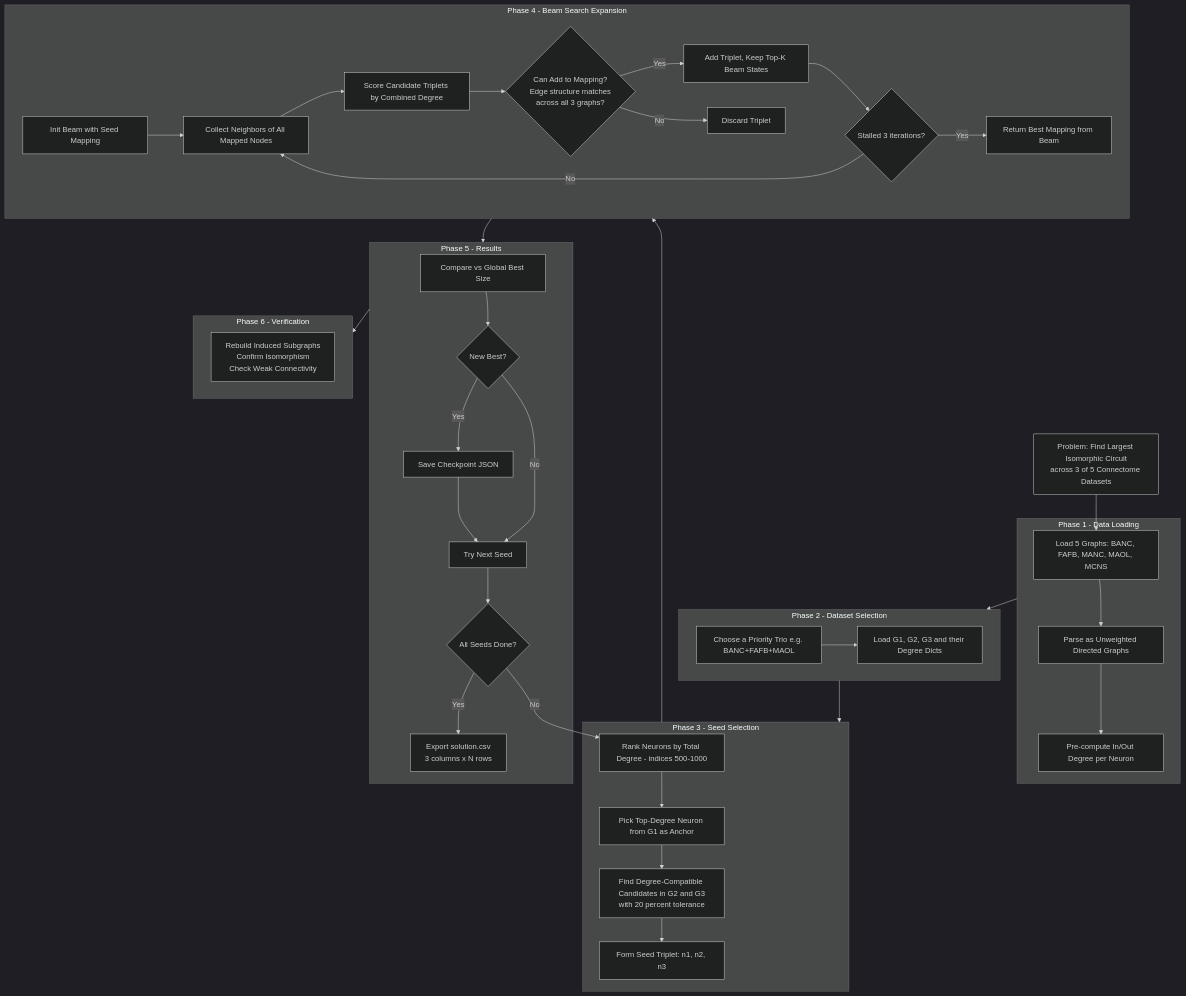
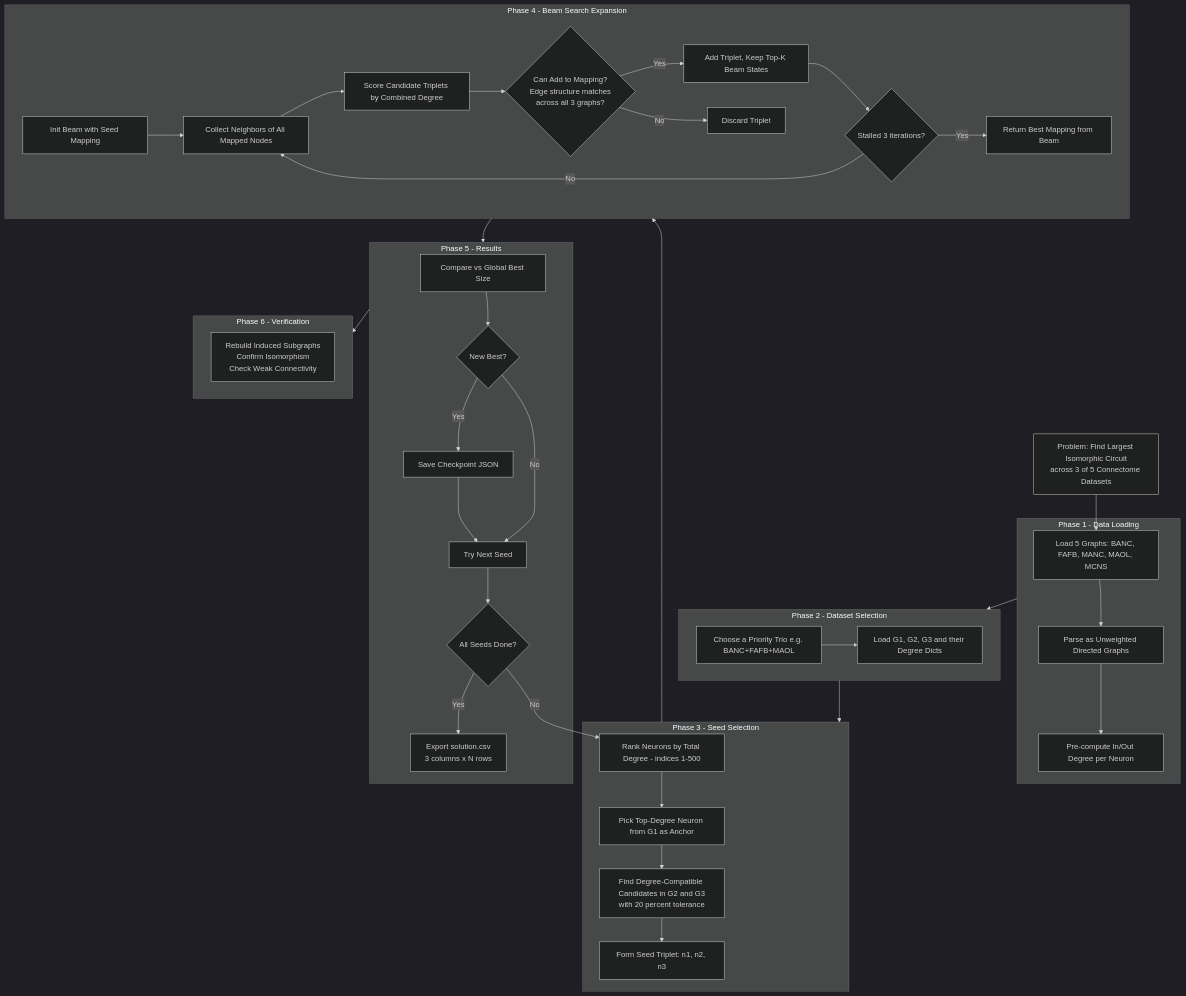
One commit to PiBot314/flywire_max-induced-isomorphic-subgraph changed the third of 5 diagrams in README.md. Above: the diagram before and after it, drawn with Mermaid (dark theme). The commit also changed other lines of this file and 2 other files, not shown here.

````diff
--- a/README.md
+++ b/README.md
@@ -29,55 +65,55 @@
 ```mermaid
 flowchart TD
     A[Problem: Find Largest Isomorphic Circuit\nacross 3 of 5 Connectome Datasets] --> B
 
     subgraph P1[Phase 1 - Data Loading]
         B[Load 5 Graphs: BANC, FAFB, MANC, MAOL, MCNS]
         B --> C[Parse as Unweighted Directed Graphs]
         C --> D[Pre-compute In/Out Degree per Neuron]
     end
 
     subgraph P2[Phase 2 - Dataset Selection]
         E[Choose a Priority Trio e.g. BANC+FAFB+MAOL]
         E --> F[Load G1, G2, G3 and their Degree Dicts]
     end
 
     subgraph P3[Phase 3 - Seed Selection]
-        G[Rank Neurons by Total Degree - indices 500-1000]
+        G[Rank Neurons by Total Degree - indices 1-500]
         G --> H[Pick Top-Degree Neuron from G1 as Anchor]
         H --> I[Find Degree-Compatible Candidates in G2 and G3\nwith 20 percent tolerance]
         I --> J[Form Seed Triplet: n1, n2, n3]
     end
 
     subgraph P4[Phase 4 - Beam Search Expansion]
         K[Init Beam with Seed Mapping]
         K --> L[Collect Neighbors of All Mapped Nodes]
         L --> M[Score Candidate Triplets by Combined Degree]
         M --> N{Can Add to Mapping?\nEdge structure matches\nacross all 3 graphs?}
         N -- Yes --> O[Add Triplet, Keep Top-K Beam States]
         N -- No --> P[Discard Triplet]
         O --> Q{Stalled 3 iterations?}
         Q -- No --> L
         Q -- Yes --> R[Return Best Mapping from Beam]
     end
 
     subgraph P5[Phase 5 - Results]
         S[Compare vs Global Best Size]
         S --> T{New Best?}
         T -- Yes --> U[Save Checkpoint JSON]
         T -- No --> V[Try Next Seed]
         U --> V
         V --> W{All Seeds Done?}
         W -- No --> G
         W -- Yes --> X[Export solution.csv\n3 columns x N rows]
     end
 
     subgraph P6[Phase 6 - Verification]
         Y[Rebuild Induced Subgraphs\nConfirm Isomorphism\nCheck Weak Connectivity]
     end
 
     P1 --> P2
     P2 --> P3
     P3 --> P4
     P4 --> P5
     P5 --> P6
 ```
````
